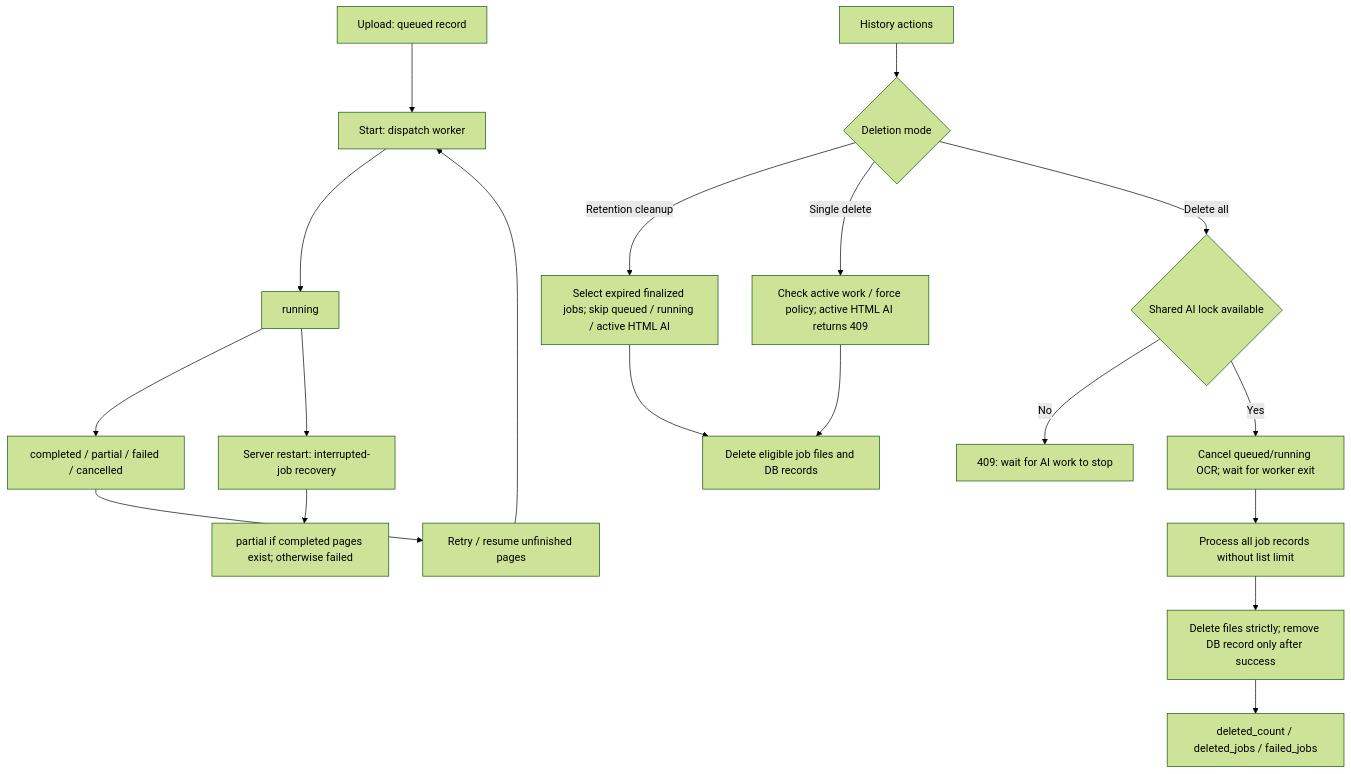
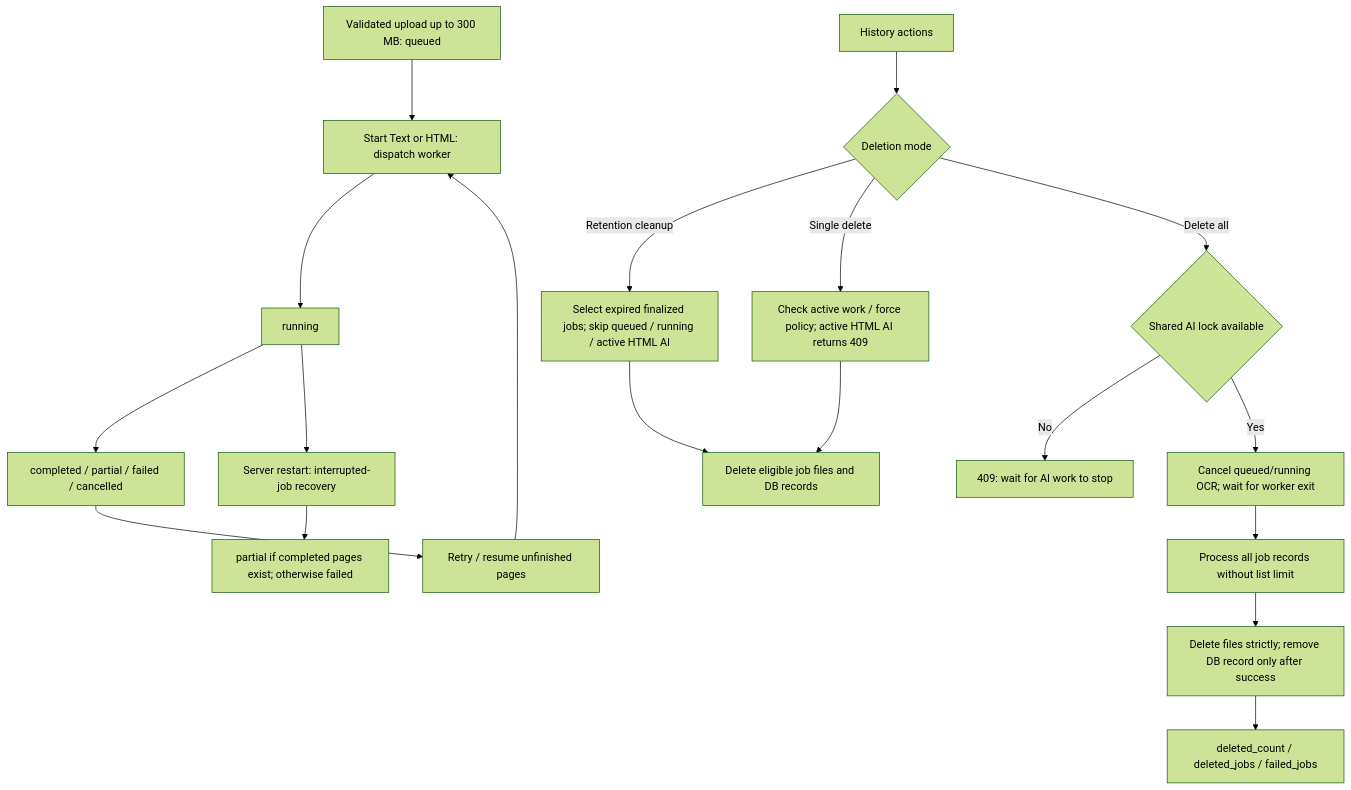
The fourth of 10 diagrams in readme.md (anuwatm/pdf-ocr-studio), drawn with Mermaid (forest theme) before and after one commit. The commit also changed other lines of this file and 18 other files, not shown here.

````diff
--- a/readme.md
+++ b/readme.md
@@ -226,21 +241,21 @@
 ```mermaid
 flowchart TD
-    Upload["Upload: queued record"] --> Start["Start: dispatch worker"]
+    Upload["Validated upload up to 300 MB: queued"] --> Start["Start Text or HTML: dispatch worker"]
     Start --> Running["running"]
     Running --> Done["completed / partial / failed / cancelled"]
     Running --> Restart["Server restart: interrupted-job recovery"]
     Restart --> Recovered["partial if completed pages exist; otherwise failed"]
     Done --> Retry["Retry / resume unfinished pages"]
     Retry --> Start
     History["History actions"] --> Action{"Deletion mode"}
     Action -->|Retention cleanup| Retention["Select expired finalized jobs; skip queued / running / active HTML AI"]
     Action -->|Single delete| Single["Check active work / force policy; active HTML AI returns 409"]
     Action -->|Delete all| Lock{"Shared AI lock available"}
     Lock -->|No| Busy["409: wait for AI work to stop"]
     Lock -->|Yes| Stop["Cancel queued/running OCR; wait for worker exit"]
     Stop --> All["Process all job records without list limit"]
     All --> Strict["Delete files strictly; remove DB record only after success"]
     Strict --> Report["deleted_count / deleted_jobs / failed_jobs"]
     Retention --> Delete["Delete eligible job files and DB records"]
     Single --> Delete
 ```
````
